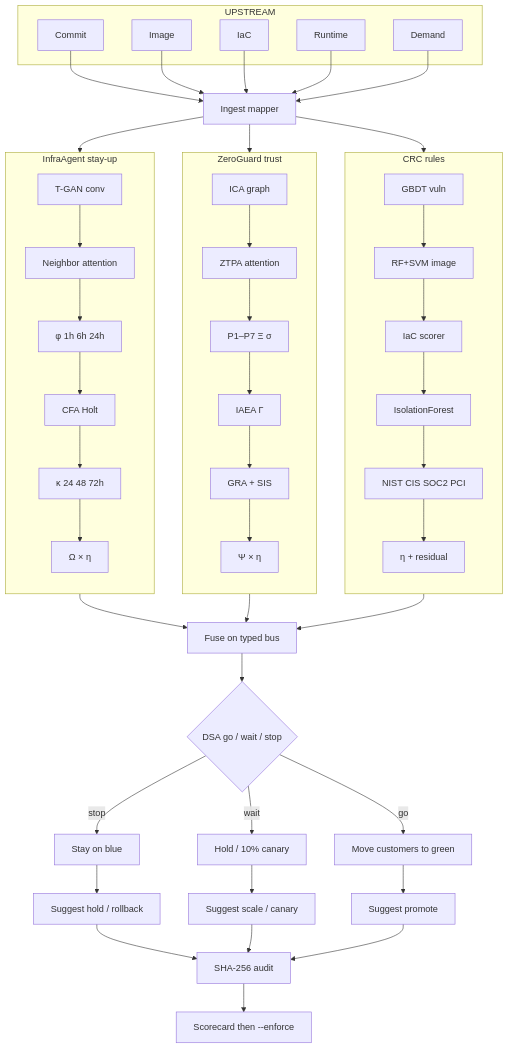
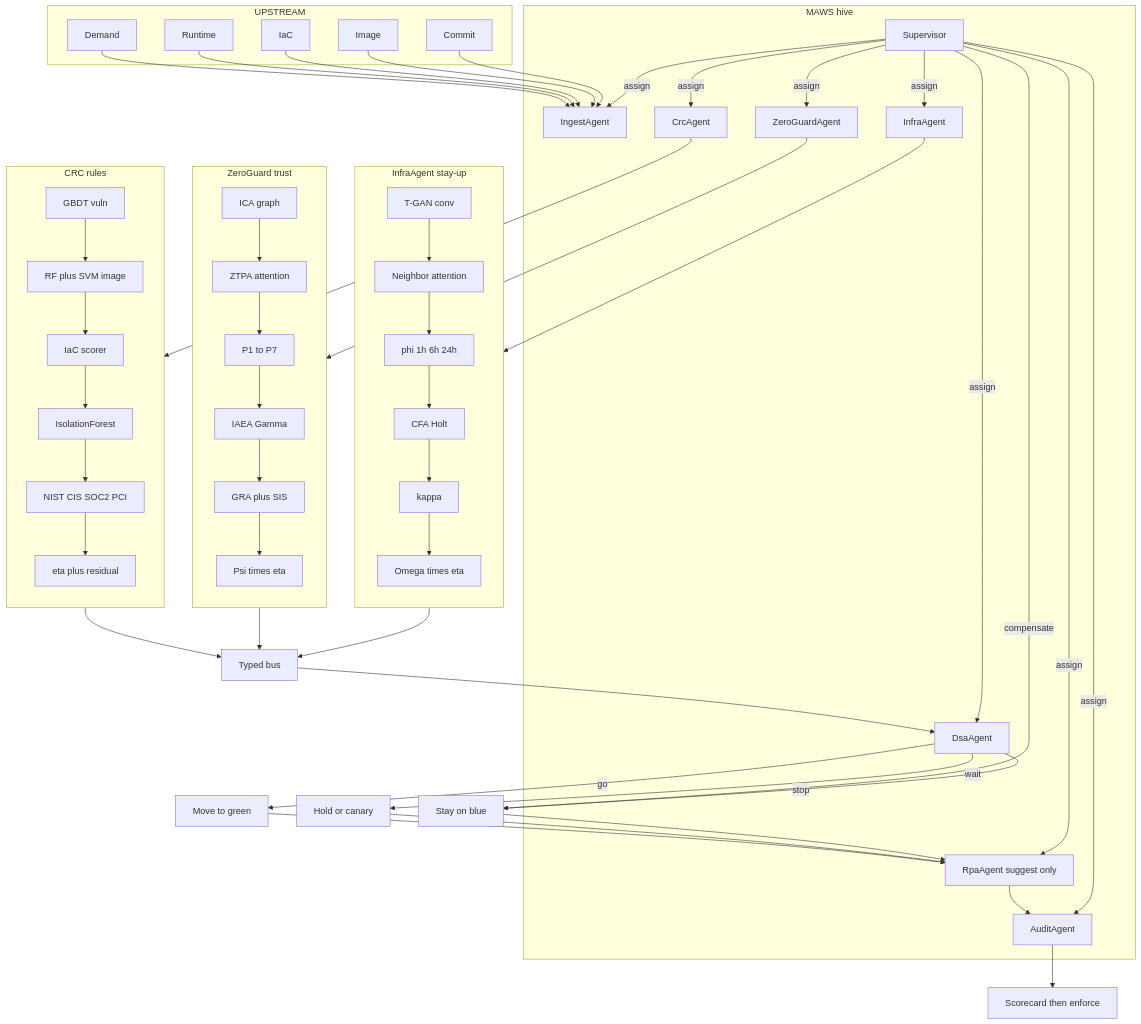
The first of 6 diagrams in ARCHITECTURE.md (harishapuri/unifiedframework), drawn with Mermaid before and after one commit. The commit also changed other lines of this file and 1 other file, not shown here.

Commit message:
Show the MAWS hive as the orchestrator on the architecture diagrams.

````diff
--- a/ARCHITECTURE.md
+++ b/ARCHITECTURE.md
@@ -7,66 +7,78 @@
 ```mermaid
 flowchart TB
   subgraph UPSTREAM
     SRC[Commit]
     IMG[Image]
     IAC[IaC]
     TEL[Runtime]
     DEM[Demand]
   end
 
-  SRC --> IN[Ingest mapper]
+  subgraph hive [MAWS hive]
+    SUP[Supervisor]
+    IN[IngestAgent]
+    AgCrc[CrcAgent]
+    AgZg[ZeroGuardAgent]
+    AgIa[InfraAgent]
+    AgDsa[DsaAgent]
+    RPA[RpaAgent suggest only]
+    AUD[AuditAgent]
+    SUP -->|assign| IN
+    SUP -->|assign| AgCrc
+    SUP -->|assign| AgZg
+    SUP -->|assign| AgIa
+    SUP -->|assign| AgDsa
+    SUP -->|assign| RPA
+    SUP -->|assign| AUD
+  end
+
+  SRC --> IN
   IMG --> IN
   IAC --> IN
   TEL --> IN
   DEM --> IN
 
-  IN --> CRC
-  IN --> ZG
-  IN --> IA
-
-  subgraph CRC[CRC rules]
+  subgraph planeCrc [CRC rules]
     direction TB
-    GBDT[GBDT vuln] --> ENS[RF+SVM image]
+    GBDT[GBDT vuln] --> ENS[RF plus SVM image]
     ENS --> IACS[IaC scorer]
     IACS --> ISO[IsolationForest]
     ISO --> CTL[NIST CIS SOC2 PCI]
-    CTL --> ETA["η + residual"]
+    CTL --> ETA["eta plus residual"]
   end
 
-  subgraph ZG[ZeroGuard trust]
+  subgraph planeZg [ZeroGuard trust]
     direction TB
     ICA[ICA graph] --> ZTPA[ZTPA attention]
-    ZTPA --> PILL["P1–P7 Ξ σ"]
-    PILL --> IAEA[IAEA Γ]
-    IAEA --> GRA[GRA + SIS]
-    GRA --> PSI["Ψ × η"]
+    ZTPA --> PILL["P1 to P7"]
+    PILL --> IAEA[IAEA Gamma]
+    IAEA --> GRA[GRA plus SIS]
+    GRA --> PSI["Psi times eta"]
   end
 
-  subgraph IA[InfraAgent stay-up]
+  subgraph planeIa [InfraAgent stay-up]
     direction TB
     TGAN[T-GAN conv] --> ATTN[Neighbor attention]
-    ATTN --> PHI["φ 1h 6h 24h"]
+    ATTN --> PHI["phi 1h 6h 24h"]
     PHI --> CFA[CFA Holt]
-    CFA --> KAP["κ 24 48 72h"]
-    KAP --> OME["Ω × η"]
+    CFA --> KAP["kappa"]
+    KAP --> OME["Omega times eta"]
   end
 
-  ETA --> BUS[Fuse on typed bus]
+  AgCrc --> ETA
+  AgZg --> PSI
+  AgIa --> OME
+  ETA --> BUS[Typed bus]
   PSI --> BUS
   OME --> BUS
-
-  BUS --> DSA{DSA go / wait / stop}
-
-  DSA -->|stop| BLUE[Stay on blue]
-  DSA -->|wait| HOLD[Hold / 10% canary]
-  DSA -->|go| GREEN[Move customers to green]
-
-  BLUE --> SUG1[Suggest hold / rollback]
-  HOLD --> SUG2[Suggest scale / canary]
-  GREEN --> SUG3[Suggest promote]
-
-  SUG1 --> AUD[SHA-256 audit]
-  SUG2 --> AUD
-  SUG3 --> AUD
-  AUD --> SC[Scorecard then --enforce]
+  BUS --> AgDsa
+  AgDsa -->|stop| BLUE[Stay on blue]
+  AgDsa -->|wait| HOLD[Hold or canary]
+  AgDsa -->|go| GREEN[Move to green]
+  SUP -->|compensate| BLUE
+  BLUE --> RPA
+  HOLD --> RPA
+  GREEN --> RPA
+  RPA --> AUD
+  AUD --> SC[Scorecard then enforce]
 ```
````
